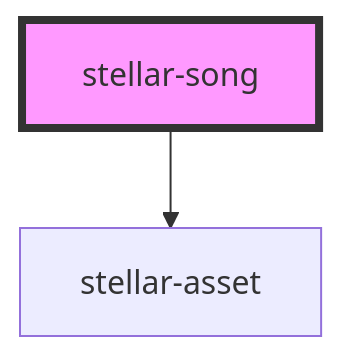
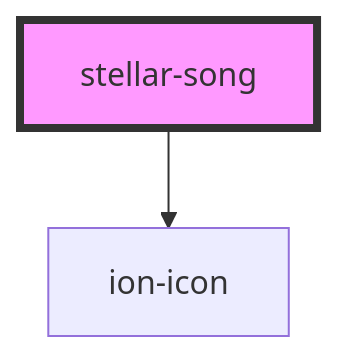
The diagram in src/components/media/song/readme.md (splitinfinities/Stellar), drawn with Mermaid before and after one commit. The commit also changed other lines of this file and 108 other files, not shown here.

Commit message:
Remove stellar-asset.

````diff
--- a/src/components/media/song/readme.md
+++ b/src/components/media/song/readme.md
@@ -105,5 +105,5 @@
 ```mermaid
 graph TD;
-  stellar-song --> stellar-asset
+  stellar-song --> ion-icon
   style stellar-song fill:#f9f,stroke:#333,stroke-width:4px
 ```
````
